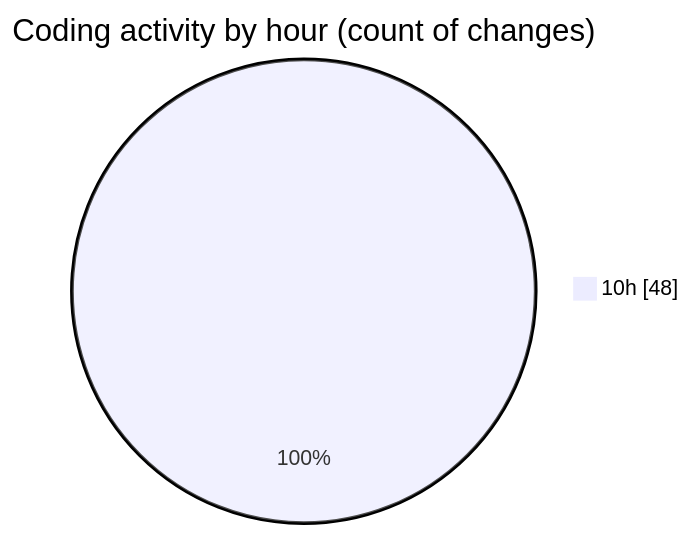
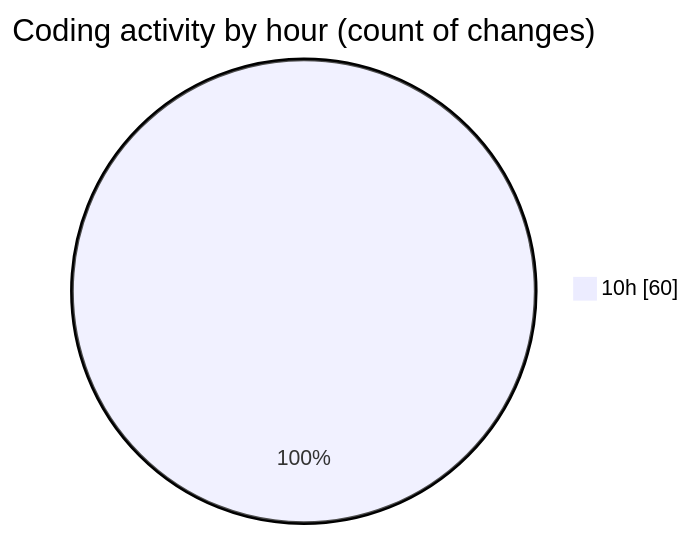
Before and after one commit to lephambinh05/code-tracking: the second of 2 diagrams in 2025-08-18/vps-v1/README.md, drawn with Mermaid. The commit also changed other lines of this file and 1 other file, not shown here.

````diff
--- a/2025-08-18/vps-v1/README.md
+++ b/2025-08-18/vps-v1/README.md
@@ -55,5 +65,5 @@
 ```mermaid
 pie showData
 title Coding activity by hour (count of changes)
-"10h" : 48
+"10h" : 60
 ```
````
